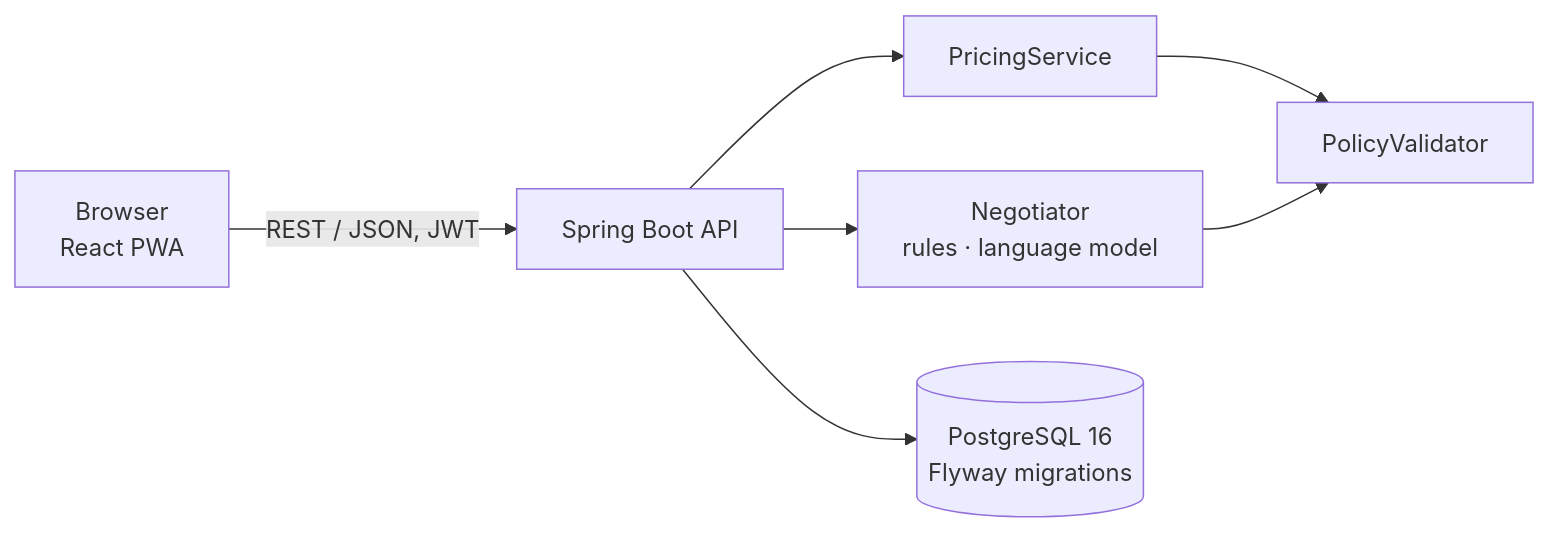
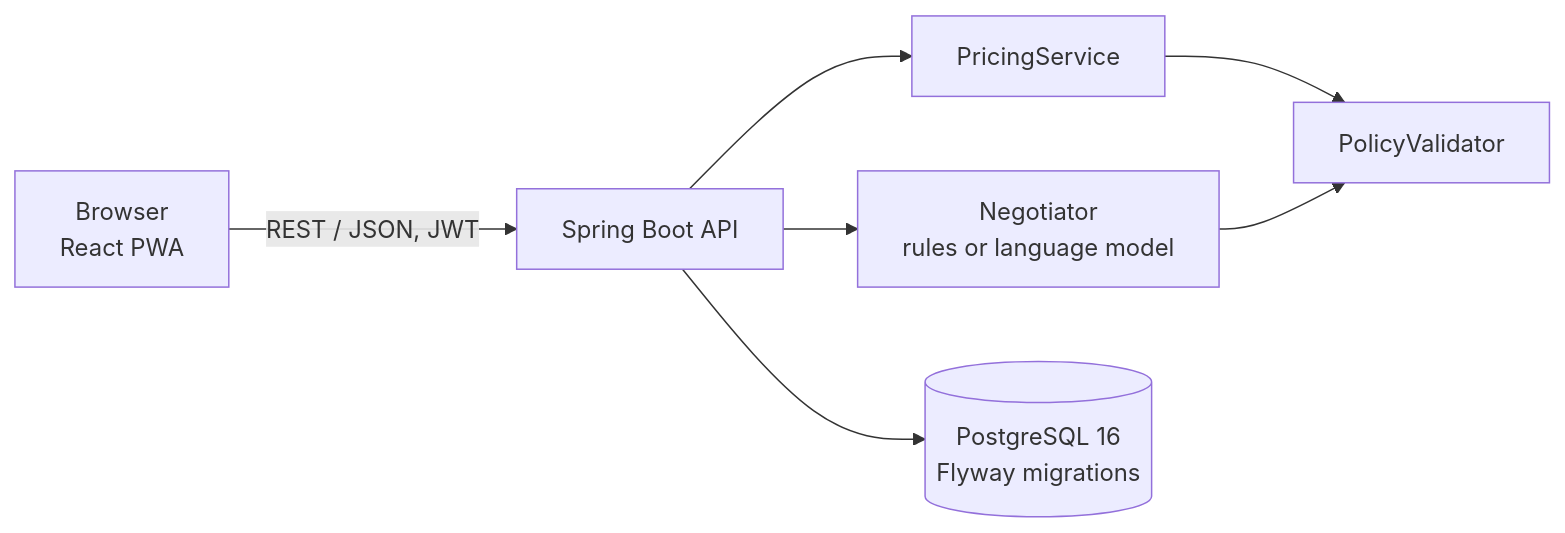
Before and after one commit to nurmuhammedkanybekov/akven-v2: the second of 2 diagrams in README.md, drawn with Mermaid. The commit also changed other lines of this file and 14 other files, not shown here.

````diff
--- a/README.md
+++ b/README.md
@@ -195,8 +169,8 @@
 ```mermaid
 flowchart LR
     B[Browser<br/>React PWA] -- "REST / JSON, JWT" --> S[Spring Boot API]
     S --> P[PricingService] --> V[PolicyValidator]
-    S --> G[Negotiator<br/>rules · language model]
+    S --> G[Negotiator<br/>rules or language model]
     G --> V
     S --> D[(PostgreSQL 16<br/>Flyway migrations)]
 ```
````
